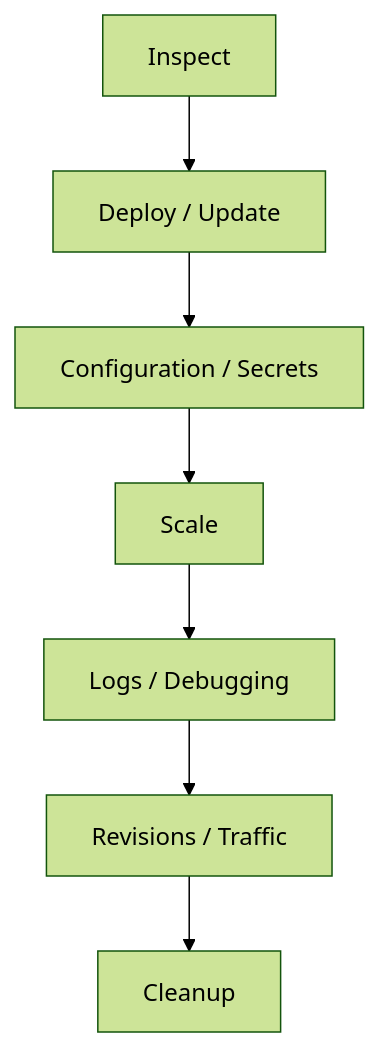
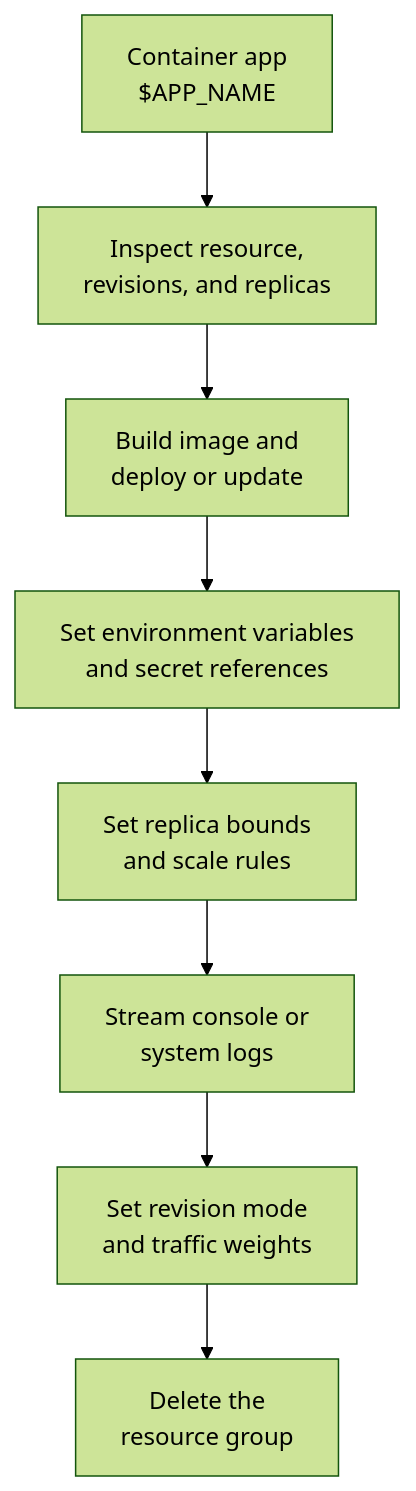
Before and after one commit to yeongseon/azure-container-apps-practical-guide: the diagram in docs/troubleshooting/first-10-minutes/cli-reference.md, drawn with Mermaid (forest theme). The commit also changed other lines of this file and 25 other files, not shown here.

Commit message:
docs(diagrams): migrate first ten minutes and KQL diagrams (#623)

````diff
--- a/docs/troubleshooting/first-10-minutes/cli-reference.md
+++ b/docs/troubleshooting/first-10-minutes/cli-reference.md
@@ -46,9 +46,22 @@
 ```mermaid
 flowchart TD
-    INSPECT["Inspect"] --> DEPLOY["Deploy / Update"]
-    DEPLOY --> CONFIG["Configuration / Secrets"]
-    CONFIG --> SCALE["Scale"]
-    SCALE --> LOGS["Logs / Debugging"]
-    LOGS --> REVISIONS["Revisions / Traffic"]
-    REVISIONS --> CLEANUP["Cleanup"]
+    accTitle: CLI workflow for Container Apps troubleshooting
+    accDescr: Follow the CLI command groups from inspection through deployment, configuration, scaling, logs, revision traffic, and cleanup.
+
+    APP["Container app<br/>$APP_NAME"]
+    INSPECT["Inspect resource,<br/>revisions, and replicas"]
+    DEPLOY["Build image and<br/>deploy or update"]
+    CONFIG["Set environment variables<br/>and secret references"]
+    SCALE["Set replica bounds<br/>and scale rules"]
+    LOGS["Stream console or<br/>system logs"]
+    REVISIONS["Set revision mode<br/>and traffic weights"]
+    CLEANUP["Delete the<br/>resource group"]
+
+    APP --> INSPECT
+    INSPECT --> DEPLOY
+    DEPLOY --> CONFIG
+    CONFIG --> SCALE
+    SCALE --> LOGS
+    LOGS --> REVISIONS
+    REVISIONS --> CLEANUP
 ```
````
